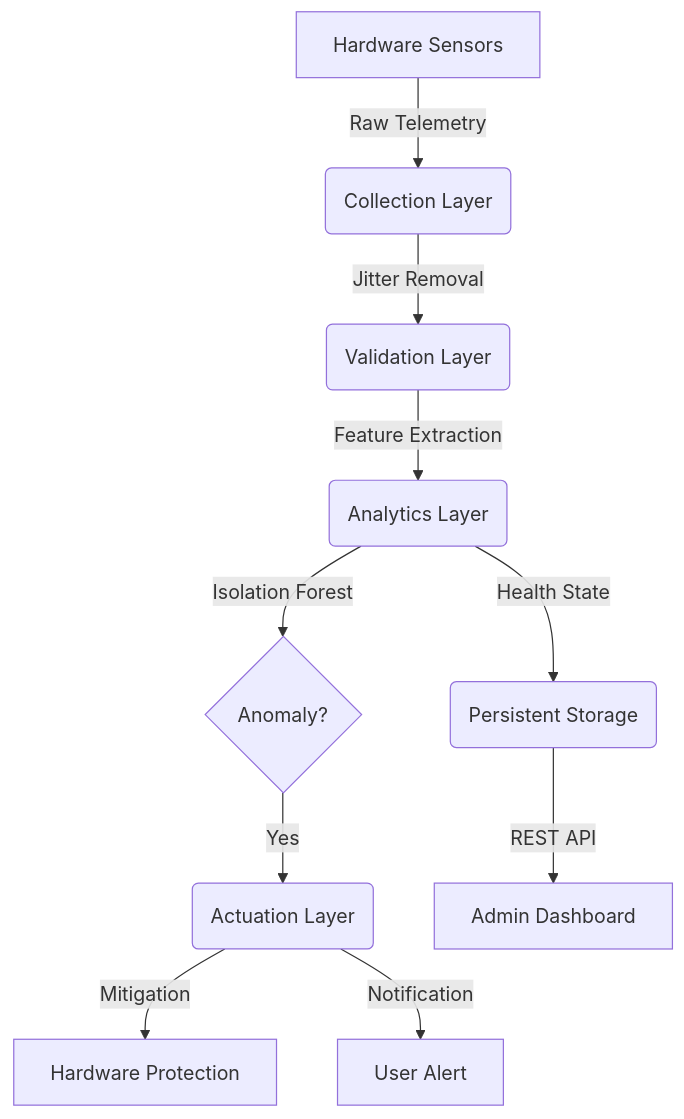
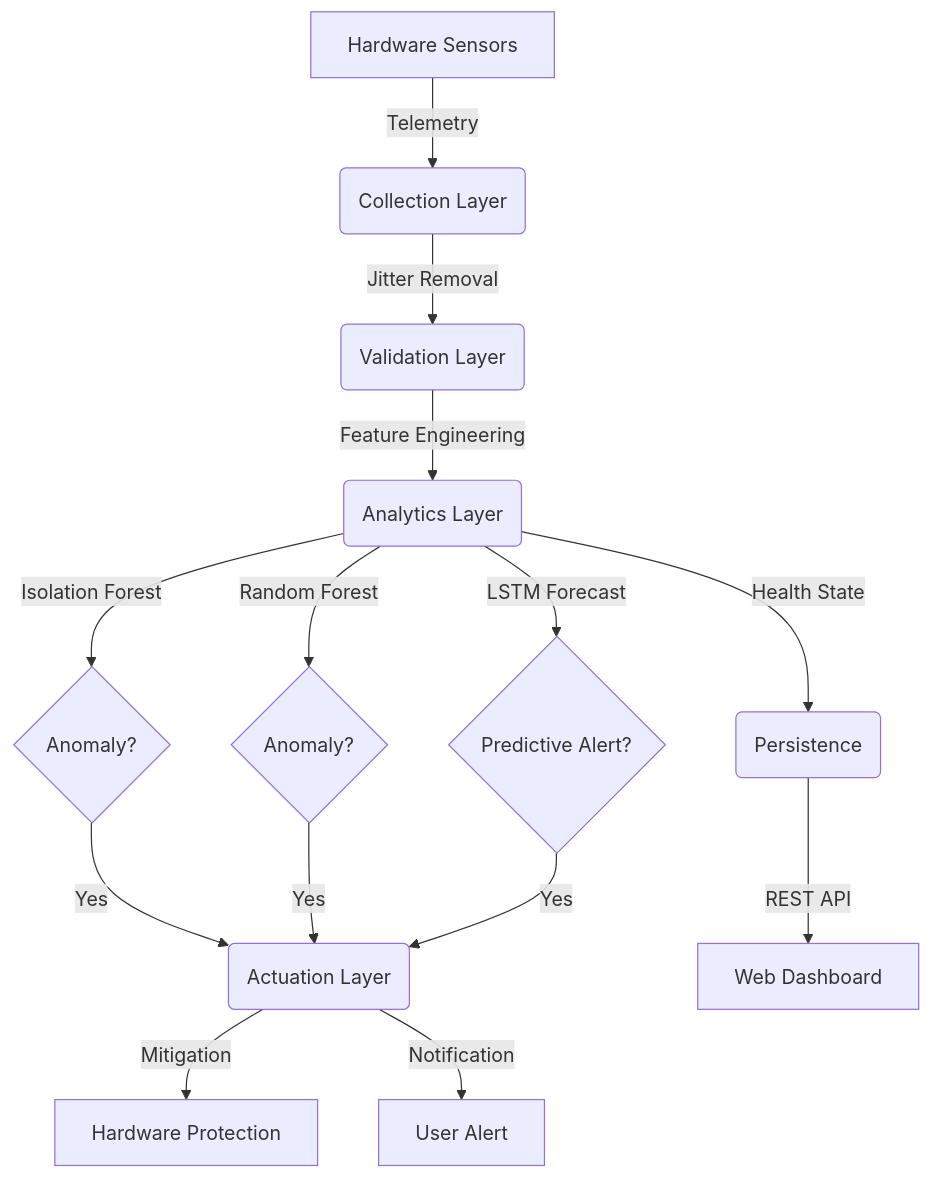
The diagram in README.md (Silvio777-hub/Temperature-Spikes-Detection-in-Workstations), drawn with Mermaid before and after one commit. The commit also changed other lines of this file and 120 other files, not shown here.

````diff
--- a/README.md
+++ b/README.md
@@ -15,12 +15,16 @@
 ```mermaid
 graph TD
-    A[Hardware Sensors] -->|Raw Telemetry| B(Collection Layer)
+    A[Hardware Sensors] -->|Telemetry| B(Collection Layer)
     B -->|Jitter Removal| C(Validation Layer)
-    C -->|Feature Extraction| D(Analytics Layer)
-    D -->|Isolation Forest| E{Anomaly?}
-    E -->|Yes| F(Actuation Layer)
+    C -->|Feature Engineering| D(Analytics Layer)
+    D -->|Isolation Forest| E1{Anomaly?}
+    D -->|Random Forest| E2{Anomaly?}
+    D -->|LSTM Forecast| E3{Predictive Alert?}
+    E1 -->|Yes| F(Actuation Layer)
+    E2 -->|Yes| F
+    E3 -->|Yes| F
     F -->|Mitigation| G[Hardware Protection]
     F -->|Notification| H[User Alert]
-    D -->|Health State| I(Persistent Storage)
-    I -->|REST API| J[Admin Dashboard]
+    D -->|Health State| I(Persistence)
+    I -->|REST API| J[Web Dashboard]
 ```
````
